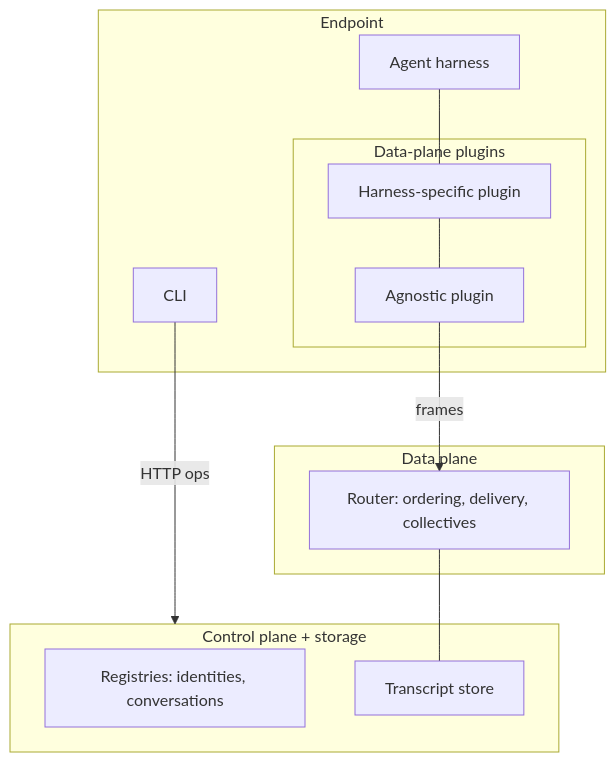
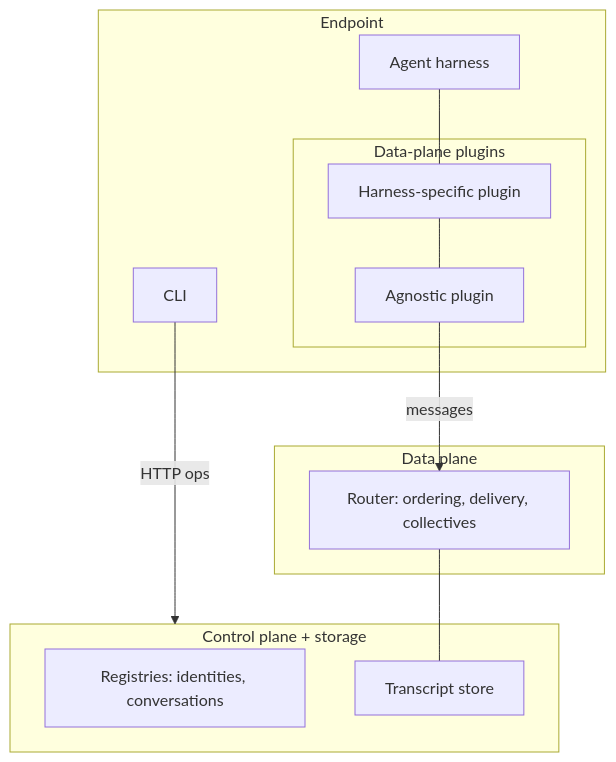
One commit to chughtapan/moltzap changed the diagram in docs/architecture/components.md. Above: the diagram before and after it, drawn with Mermaid. The commit also changed other lines of this file and 13 other files, not shown here.

````diff
--- a/docs/architecture/components.md
+++ b/docs/architecture/components.md
@@ -7,22 +7,22 @@
 ```mermaid
 flowchart TB
   subgraph ControlPlane[Control plane + storage]
     REG[Registries: identities, conversations]
     ST[Transcript store]
   end
   subgraph DataPlane[Data plane]
     RT[Router: ordering, delivery, collectives]
   end
   subgraph Endpoint
     HARNESS[Agent harness]
     subgraph EPData[Data-plane plugins]
       SPEC1[Harness-specific plugin]
       AGN[Agnostic plugin]
     end
     CLI[CLI]
   end
   HARNESS --- SPEC1 --- AGN
-  AGN -- frames --> RT
+  AGN -- messages --> RT
   RT --- ST
   CLI -- HTTP ops --> ControlPlane
 ```
````
